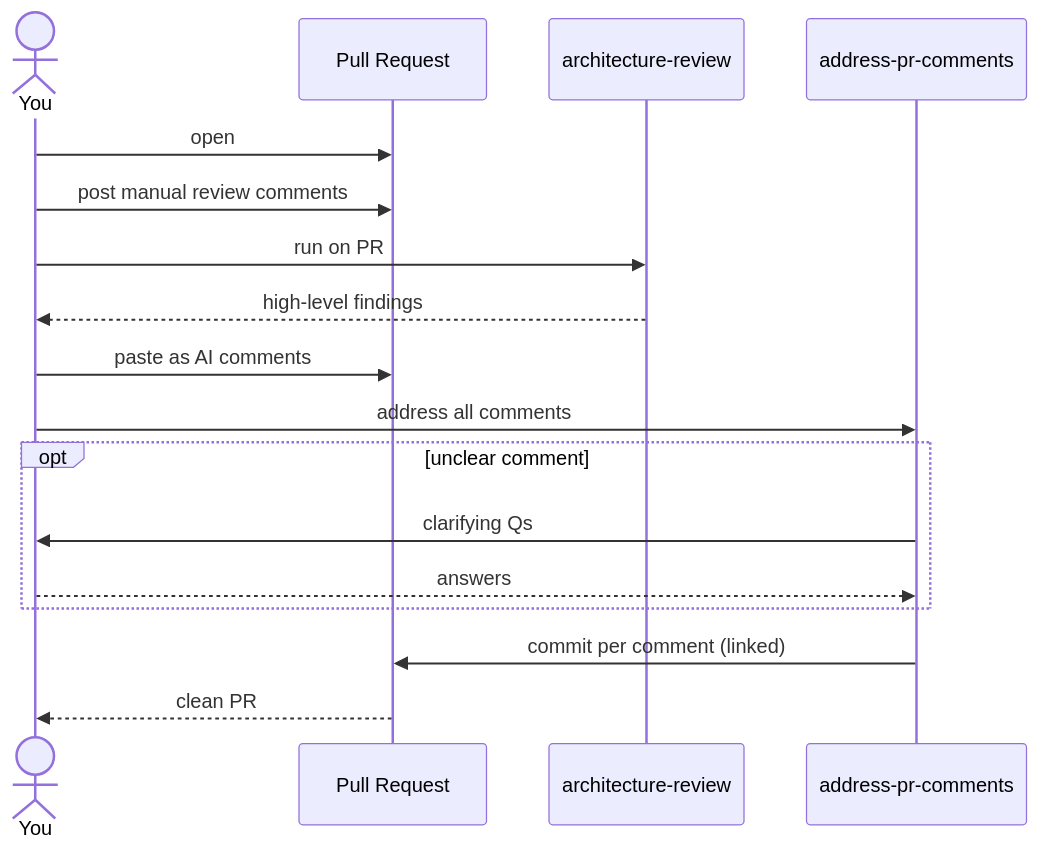
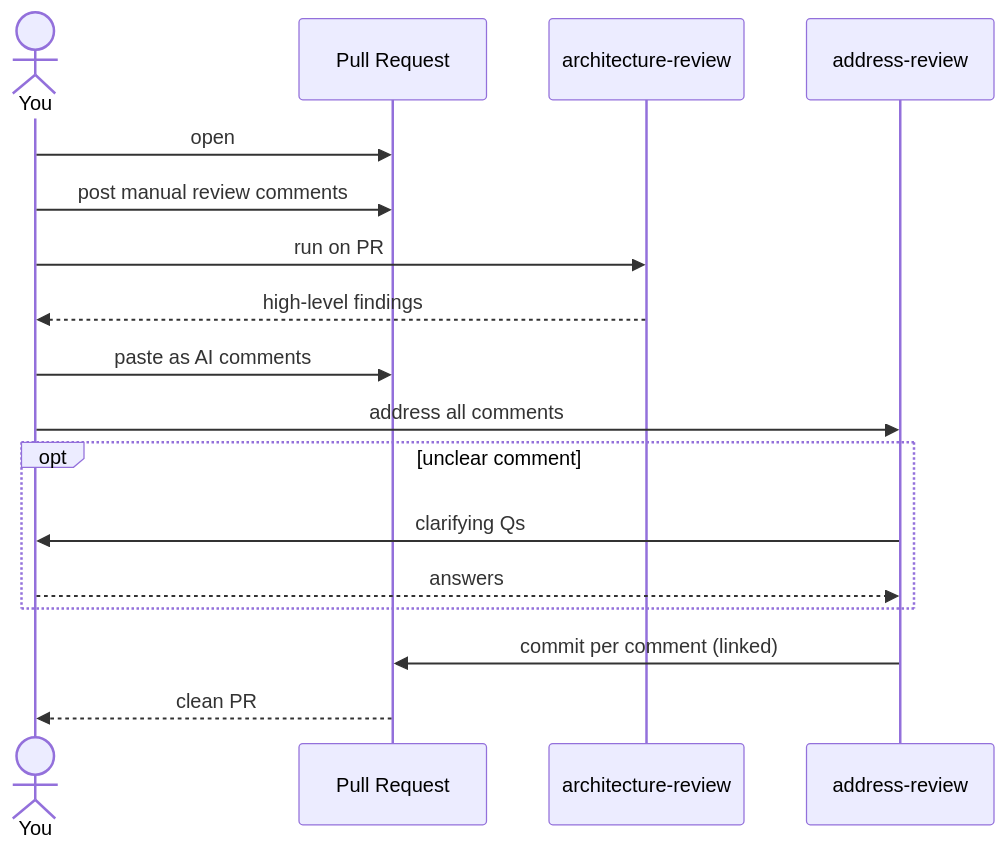
Before and after one commit to mohasarc/mo-skills: diagram 15 of 22 in README.md, drawn with Mermaid. The commit also changed other lines of this file and 4 other files, not shown here.

Commit message:
add address-review, architecture-review, and grill-me skills

````diff
--- a/README.md
+++ b/README.md
@@ -347,20 +347,20 @@
 ```mermaid
 sequenceDiagram
     actor You
     participant PR as Pull Request
     participant ARev as architecture-review
-    participant APC as address-pr-comments
+    participant APC as address-review
 
     You->>PR: open
     You->>PR: post manual review comments
     You->>ARev: run on PR
     ARev-->>You: high-level findings
     You->>PR: paste as AI comments
     You->>APC: address all comments
     opt unclear comment
       APC->>You: clarifying Qs
       You-->>APC: answers
     end
     APC->>PR: commit per comment (linked)
     PR-->>You: clean PR
 ```
````
